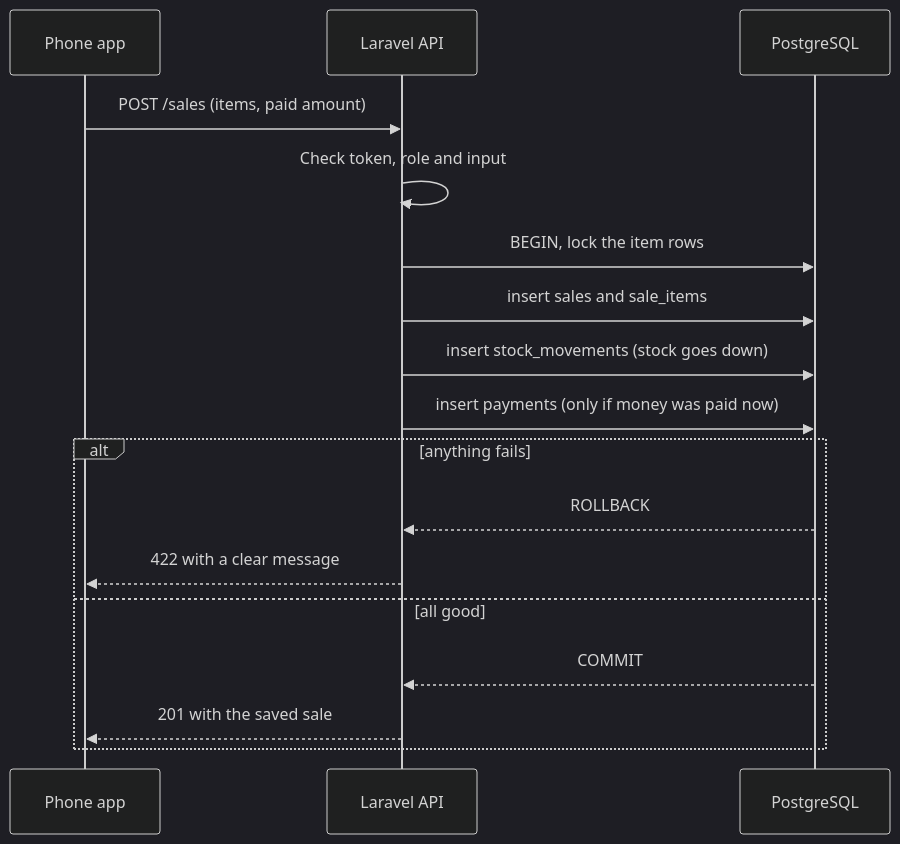
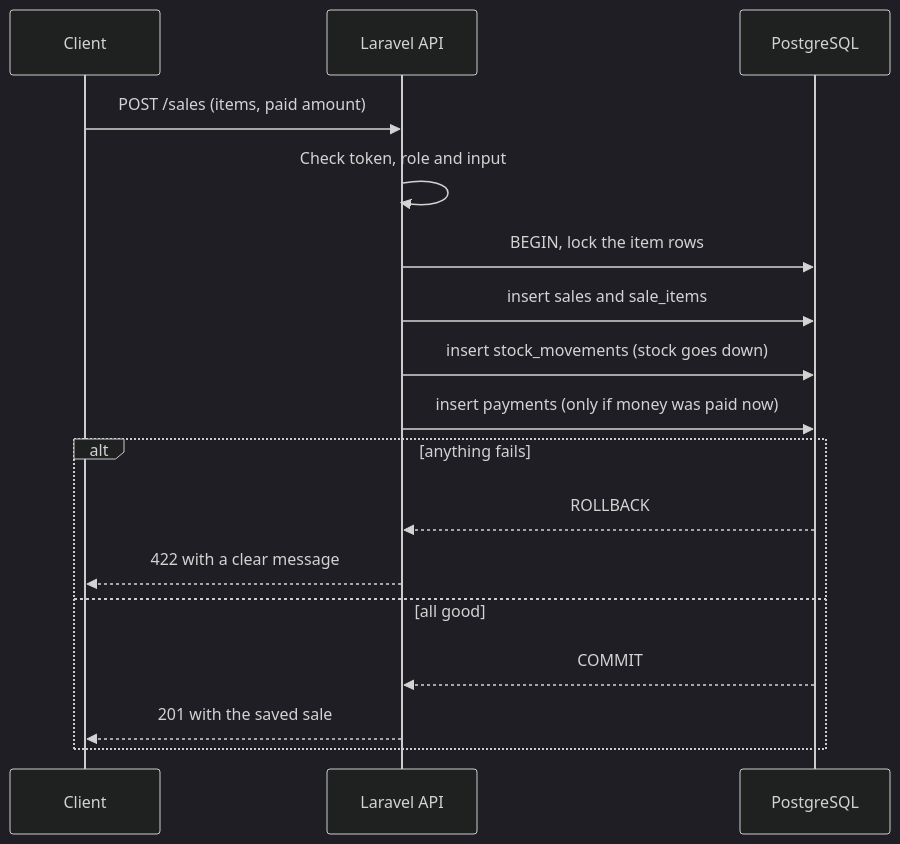
One commit to Saajonsayrest/pasal changed the sixth of 16 diagrams in README.md. Above: the diagram before and after it, drawn with Mermaid (dark theme). The commit also changed other lines of this file and 28 other files, not shown here.

First line of the commit message:
docs: README with screenshots, flow diagrams, data model and CI overview

````diff
--- a/README.md
+++ b/README.md
@@ -41,19 +204,19 @@
 ```mermaid
 sequenceDiagram
-    participant App as Phone app
+    participant App as Client
     participant API as Laravel API
     participant DB as PostgreSQL
     App->>API: POST /sales (items, paid amount)
     API->>API: Check token, role and input
     API->>DB: BEGIN, lock the item rows
     API->>DB: insert sales and sale_items
     API->>DB: insert stock_movements (stock goes down)
     API->>DB: insert payments (only if money was paid now)
     alt anything fails
         DB-->>API: ROLLBACK
         API-->>App: 422 with a clear message
     else all good
         DB-->>API: COMMIT
         API-->>App: 201 with the saved sale
     end
 ```
````
